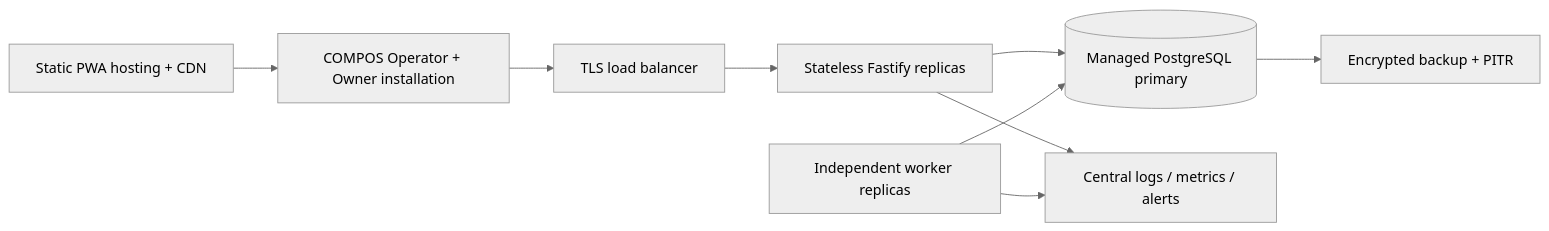
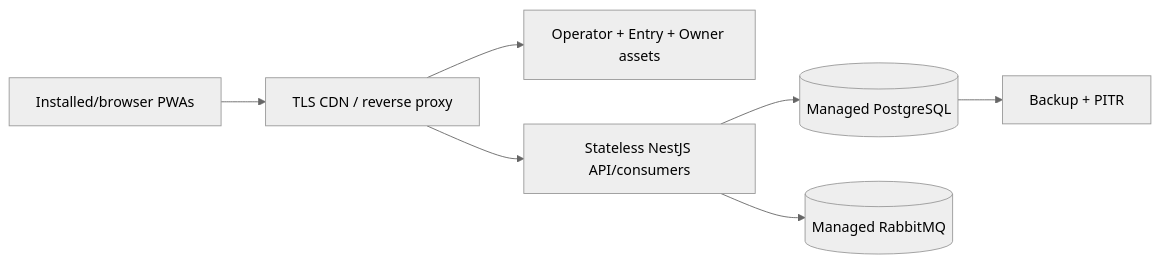
The diagram in docs/deployment_plan.md (myudak/compos), drawn with Mermaid (neutral theme) before and after one commit. The commit also changed other lines of this file and 226 other files, not shown here.

````diff
--- a/docs/deployment_plan.md
+++ b/docs/deployment_plan.md
@@ -5,11 +5,9 @@
 ```mermaid
 flowchart LR
-  PWA["Static PWA hosting + CDN"] --> Browser["COMPOS Operator + Owner installation"]
-  Browser --> TLS["TLS load balancer"]
-  TLS --> API["Stateless Fastify replicas"]
-  API --> PG[("Managed PostgreSQL primary")]
-  Worker["Independent worker replicas"] --> PG
-  PG --> Backup["Encrypted backup + PITR"]
-  API --> Obs["Central logs / metrics / alerts"]
-  Worker --> Obs
+  Browser["Installed/browser PWAs"] --> CDN["TLS CDN / reverse proxy"]
+  CDN --> Static["Operator + Entry + Owner assets"]
+  CDN --> API["Stateless NestJS API/consumers"]
+  API --> PG[("Managed PostgreSQL")]
+  API --> RMQ[("Managed RabbitMQ")]
+  PG --> Backup["Backup + PITR"]
 ```
````
